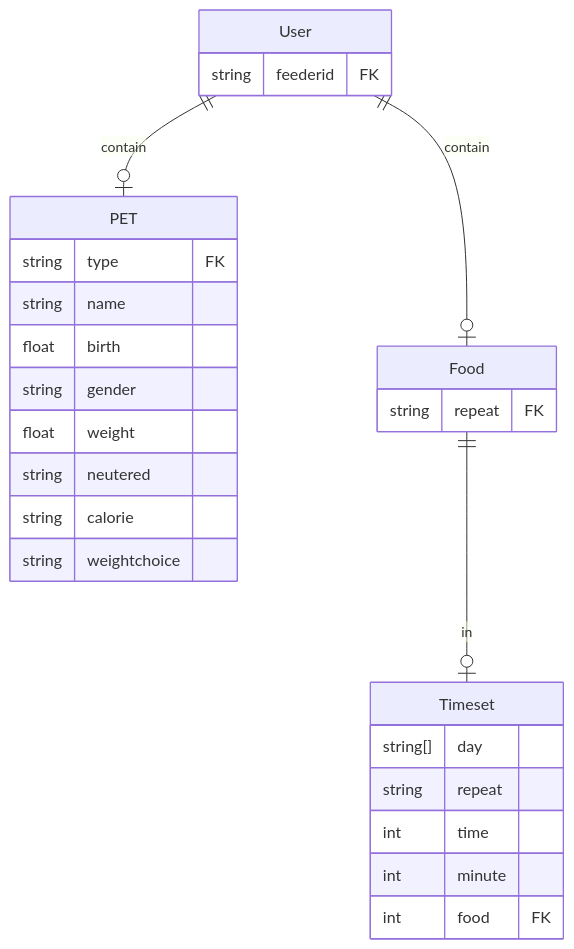
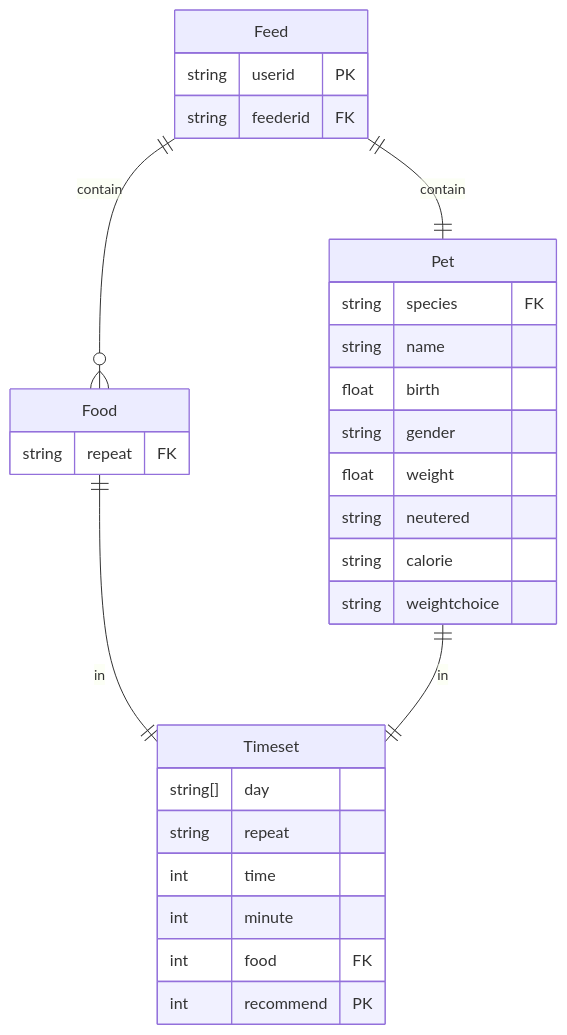
One commit to dgkim2008/feeder-front changed the diagram in app/README.md. Above: the diagram before and after it, drawn with Mermaid. The commit also changed 7 other files, not shown here.

````diff
--- a/app/README.md
+++ b/app/README.md
@@ -1,29 +1,32 @@
 ```mermaid
   erDiagram
-    User {
+    Feed {
+        string userid PK
         string feederid FK
     }
-    User ||--o| PET : contain
-    PET {
-        string type FK
+    Feed ||--|| Pet : contain
+    Pet {
+        string species FK
         string name
         float birth
         string gender
         float weight
         string neutered
         string calorie
         string weightchoice
     }
-    User ||--o| Food : contain
+    Feed ||--o{ Food : contain
     Food {
         string repeat FK
     }
-    Food ||--o| Timeset : in
+    Food ||--|| Timeset : in
+    Pet ||--|| Timeset : in
     Timeset {
        string[] day 
        string repeat
        int time
        int minute
        int food FK
+       int recommend PK
     }
 ```
````
